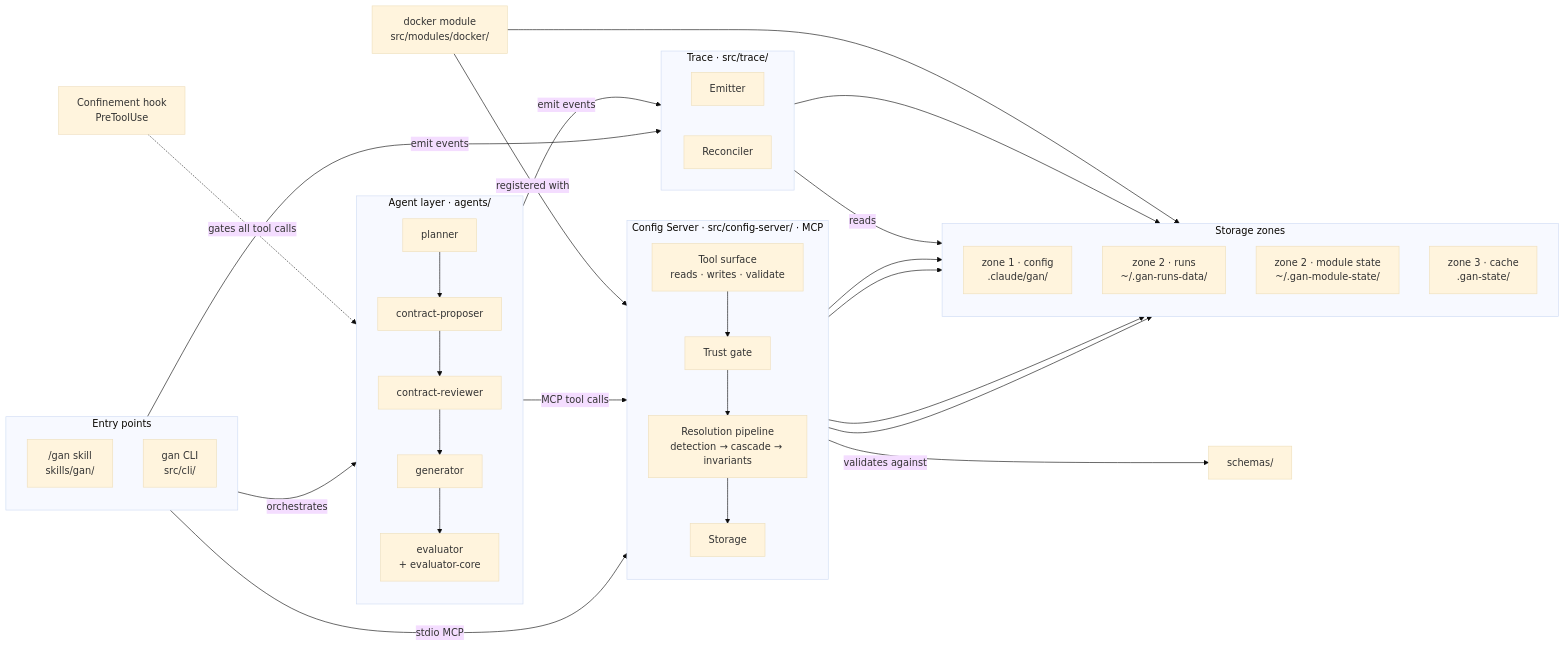
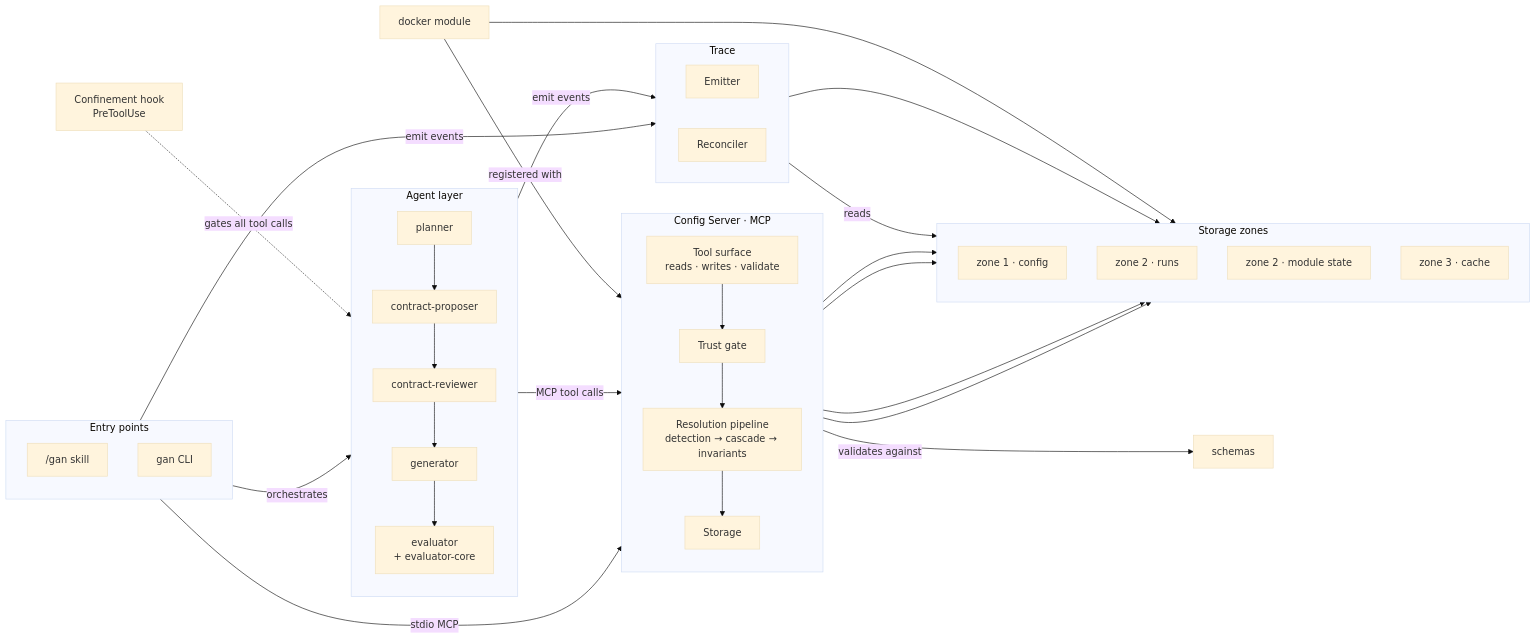
The first of 5 diagrams in documentation/subsystem-architecture.md (Thomas-AppForceOne/ClaudeAgents), drawn with Mermaid (base theme) before and after one commit. The commit also changed other lines of this file, not shown here.

Commit message:
docs: remove all file paths from diagrams

````diff
--- a/documentation/subsystem-architecture.md
+++ b/documentation/subsystem-architecture.md
@@ -13,54 +13,54 @@
 ```mermaid
 flowchart LR
     subgraph ENTRY["Entry points"]
         direction TB
-        SKILL["/gan skill\nskills/gan/"]
-        CLI["gan CLI\nsrc/cli/"]
+        SKILL["/gan skill"]
+        CLI["gan CLI"]
     end
 
     HOOK["Confinement hook\nPreToolUse"]
 
-    subgraph AL["Agent layer · agents/"]
+    subgraph AL["Agent layer"]
         direction TB
         PL["planner"] --> CP["contract-proposer"] --> CR["contract-reviewer"] --> GN["generator"] --> EV["evaluator\n+ evaluator-core"]
     end
 
-    subgraph CS["Config Server · src/config-server/ · MCP"]
+    subgraph CS["Config Server · MCP"]
         direction TB
         MT["Tool surface\nreads · writes · validate"]
         TG["Trust gate"]
         RP["Resolution pipeline\ndetection → cascade → invariants"]
         ST["Storage"]
         MT --> TG --> RP --> ST
     end
 
-    SCH["schemas/"]
-    DK["docker module\nsrc/modules/docker/"]
+    SCH["schemas"]
+    DK["docker module"]
 
-    subgraph TR["Trace · src/trace/"]
+    subgraph TR["Trace"]
         direction LR
         EM["Emitter"]
         RC["Reconciler"]
     end
 
     subgraph ZN["Storage zones"]
         direction TB
-        Z1["zone 1 · config\n.claude/gan/"]
-        Z2R["zone 2 · runs\n~/.gan-runs-data/"]
-        Z2M["zone 2 · module state\n~/.gan-module-state/"]
-        Z3["zone 3 · cache\n.gan-state/"]
+        Z1["zone 1 · config"]
+        Z2R["zone 2 · runs"]
+        Z2M["zone 2 · module state"]
+        Z3["zone 3 · cache"]
     end
 
     SKILL      -->|"orchestrates"| AL
     CLI        -->|"stdio MCP"| MT
     HOOK      -.->|"gates all tool calls"| AL
     AL         -->|"MCP tool calls"| MT
     DK         -->|"registered with"| MT
     RP         -->|"validates against"| SCH
     ST         --> Z1 & Z2R & Z2M & Z3
     SKILL      -->|"emit events"| EM
     AL         -->|"emit events"| EM
     EM         --> Z2R
     RC         -->|"reads"| Z2R
     DK         --> Z2M
 ```
````
